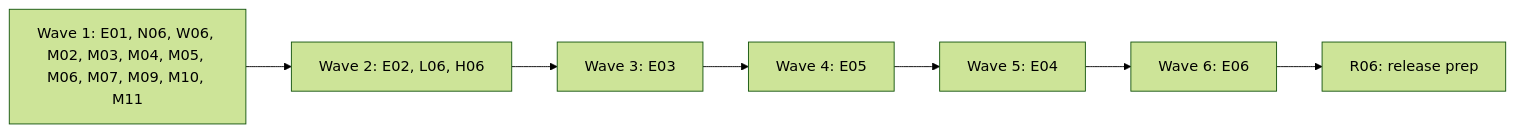
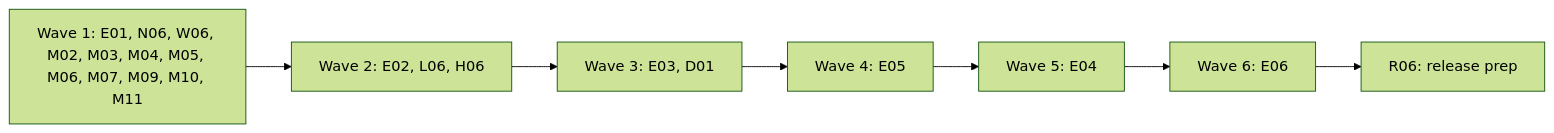
One commit to alfhen/pingwright changed the diagram in docs/plan-0.6.0-rc.1.md. Above: the diagram before and after it, drawn with Mermaid (forest theme). The commit also changed other lines of this file, not shown here.

````diff
--- a/docs/plan-0.6.0-rc.1.md
+++ b/docs/plan-0.6.0-rc.1.md
@@ -93,9 +94,9 @@
 ```mermaid
 flowchart LR
   W1["Wave 1: E01, N06, W06, M02, M03, M04, M05, M06, M07, M09, M10, M11"] --> W2["Wave 2: E02, L06, H06"]
-  W2 --> W3["Wave 3: E03"]
+  W2 --> W3["Wave 3: E03, D01"]
   W3 --> W4["Wave 4: E05"]
   W4 --> W5["Wave 5: E04"]
   W5 --> W6["Wave 6: E06"]
   W6 --> R["R06: release prep"]
 ```
````
